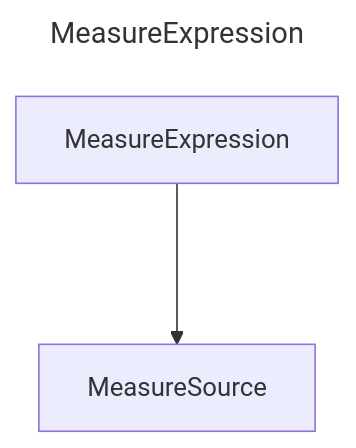
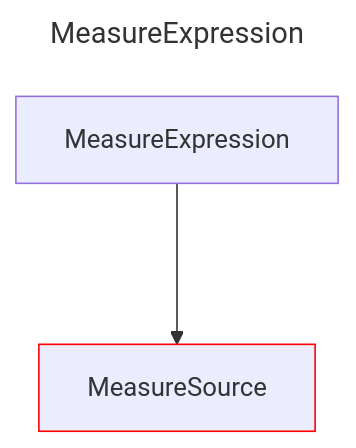
Before and after one commit to douglassimonsen/pbi_core: the diagram in docs/docs/layout/erd/MeasureExpression.md, drawn with Mermaid. The commit also changed 77 other files, not shown here.

Commit message:
Updated to color code the layout ERD

````diff
--- a/docs/docs/layout/erd/MeasureExpression.md
+++ b/docs/docs/layout/erd/MeasureExpression.md
@@ -1,9 +1,10 @@
 ```mermaid
 ---
 title: MeasureExpression
 ---
 graph 
-2721641852016["MeasureExpression"]
-2721642009152["MeasureSource"]
-2721641852016 ---> 2721642009152
+2430071359968["MeasureSource"]
+style 2430071359968 stroke:#ff0000,stroke-width:1px
+2430071888032["MeasureExpression"]
+2430071888032 ---> 2430071359968
 ```
````
